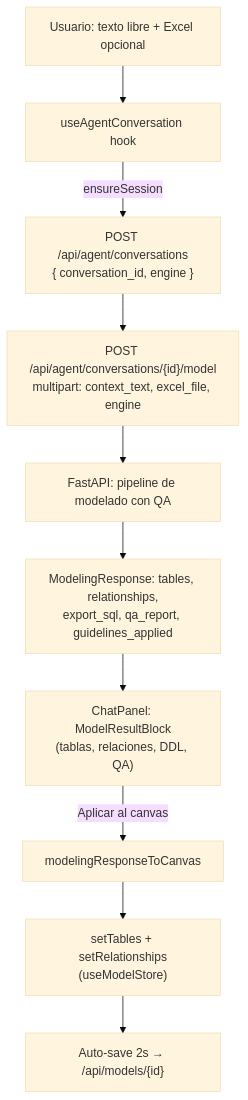
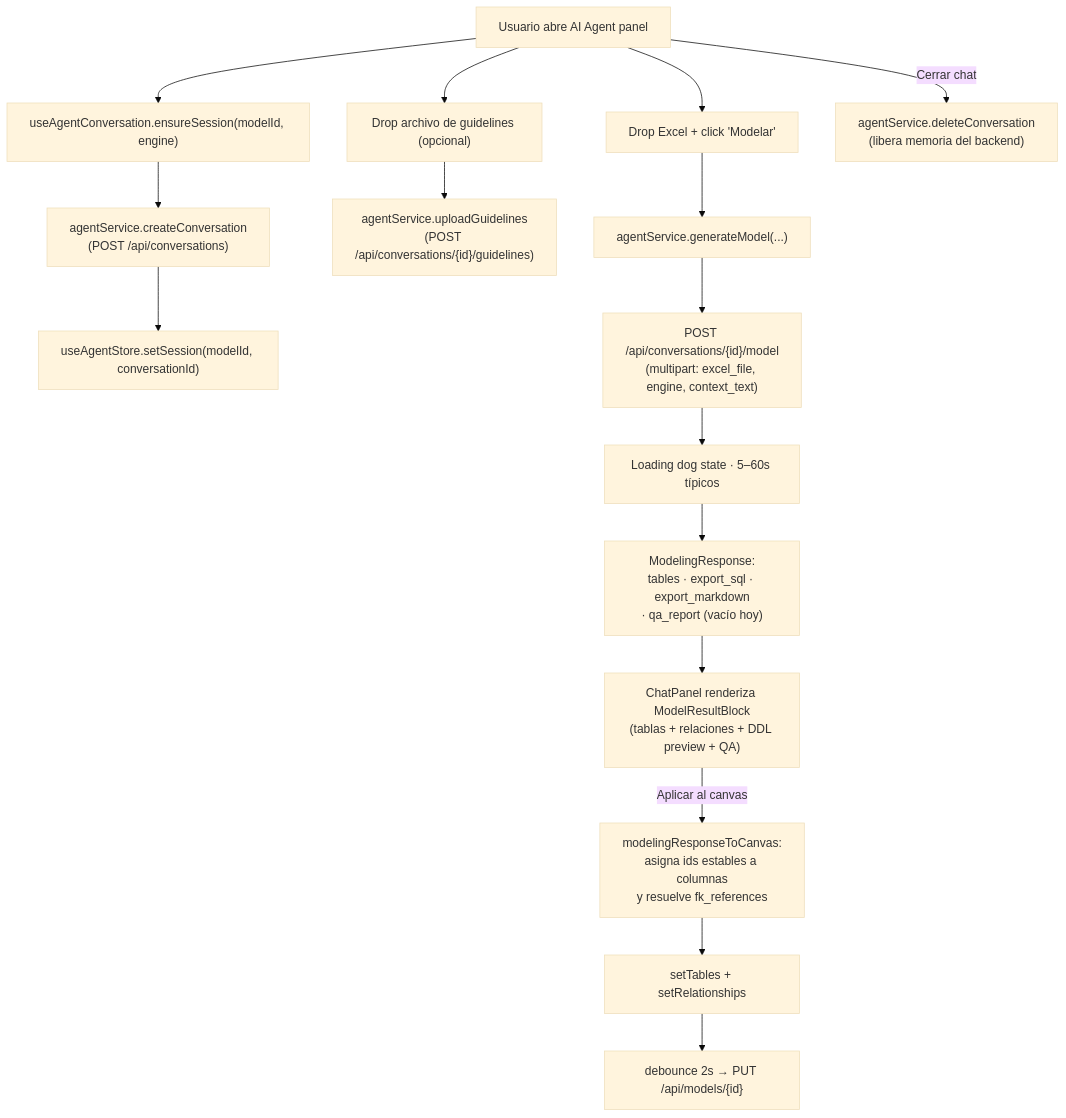
The sixth of 13 diagrams in doc/data-flow.md (Carlosmps97/web-data-model-hub), drawn with Mermaid (base theme) before and after one commit. The commit also changed other lines of this file and 5 other files, not shown here.

````diff
--- a/doc/data-flow.md
+++ b/doc/data-flow.md
@@ -86,12 +151,21 @@
 ```mermaid
 flowchart TD
-    A["Usuario: texto libre + Excel opcional"] --> B["useAgentConversation hook"]
-    B -->|ensureSession| C["POST /api/agent/conversations\n{ conversation_id, engine }"]
-    C --> D["POST /api/agent/conversations/{id}/model\nmultipart: context_text, excel_file, engine"]
-    D --> E["FastAPI: pipeline de modelado con QA"]
-    E --> F["ModelingResponse: tables, relationships,\nexport_sql, qa_report, guidelines_applied"]
-    F --> G["ChatPanel: ModelResultBlock\n(tablas, relaciones, DDL, QA)"]
-    G -->|"Aplicar al canvas"| H["modelingResponseToCanvas"]
-    H --> I["setTables + setRelationships\n(useModelStore)"]
-    I --> J["Auto-save 2s → /api/models/{id}"]
+    A["Usuario abre AI Agent panel"] --> EN["useAgentConversation.ensureSession(modelId, engine)"]
+    EN --> CR["agentService.createConversation<br/>(POST /api/conversations)"]
+    CR --> ST["useAgentStore.setSession(modelId, conversationId)"]
+
+    A --> UP["Drop archivo de guidelines (opcional)"]
+    UP --> UG["agentService.uploadGuidelines<br/>(POST /api/conversations/{id}/guidelines)"]
+
+    A --> M["Drop Excel + click 'Modelar'"]
+    M --> SM["agentService.generateModel(...)"]
+    SM --> POST["POST /api/conversations/{id}/model<br/>(multipart: excel_file, engine, context_text)"]
+    POST --> WAIT["Loading dog state · 5–60s típicos"]
+    WAIT --> RES["ModelingResponse:<br/>tables · export_sql · export_markdown<br/>· qa_report (vacío hoy)"]
+    RES --> BLOCK["ChatPanel renderiza ModelResultBlock<br/>(tablas + relaciones + DDL preview + QA)"]
+    BLOCK -->|"Aplicar al canvas"| MAP["modelingResponseToCanvas:<br/>asigna ids estables a columnas<br/>y resuelve fk_references"]
+    MAP --> APPLY["setTables + setRelationships"]
+    APPLY --> AUTO["debounce 2s → PUT /api/models/{id}"]
+
+    A -->|"Cerrar chat"| DEL["agentService.deleteConversation<br/>(libera memoria del backend)"]
 ```
````
